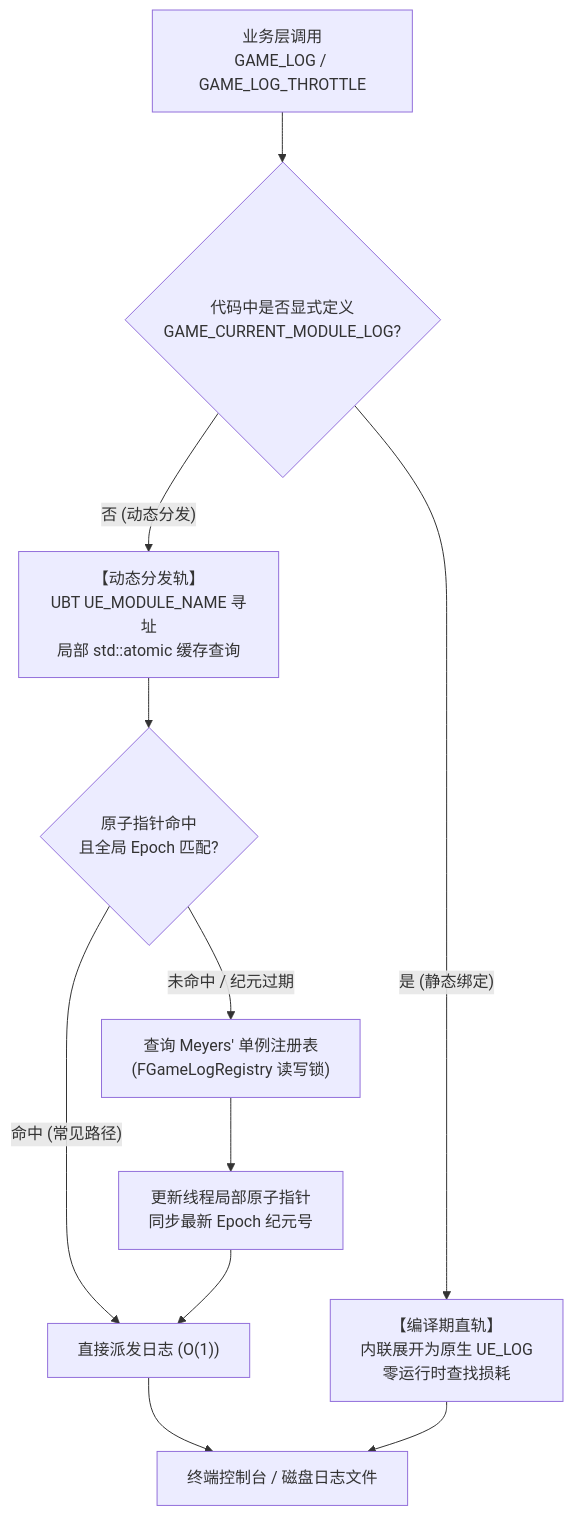
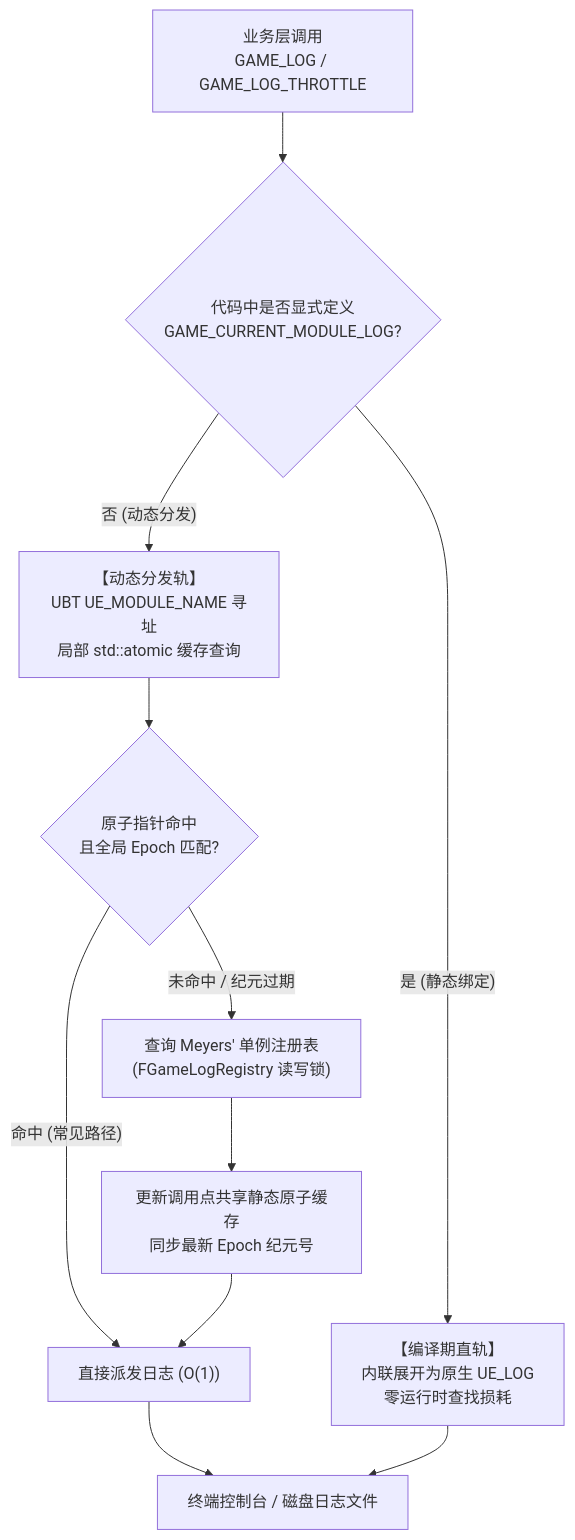
Before and after one commit to YIice-cwj/ue5-toolkit: the diagram in Plugins/GameLogging/README.md, drawn with Mermaid. The commit also changed other lines of this file and 170 other files, not shown here.

````diff
--- a/Plugins/GameLogging/README.md
+++ b/Plugins/GameLogging/README.md
@@ -9,16 +9,16 @@
 ```mermaid
 flowchart TD
     Call["业务层调用<br>GAME_LOG / GAME_LOG_THROTTLE"] --> Check{"代码中是否显式定义<br>GAME_CURRENT_MODULE_LOG?"}
     
     Check -- "是 (静态绑定)" --> CompileTrack["【编译期直轨】<br>内联展开为原生 UE_LOG<br>零运行时查找损耗"]
     Check -- "否 (动态分发)" --> DynamicTrack["【动态分发轨】<br>UBT UE_MODULE_NAME 寻址<br>局部 std::atomic 缓存查询"]
     
     DynamicTrack --> CacheValid{"原子指针命中<br>且全局 Epoch 匹配?"}
     CacheValid -- "命中 (常见路径)" --> FastPath["直接派发日志 (O(1))"]
     CacheValid -- "未命中 / 纪元过期" --> SlowPath["查询 Meyers' 单例注册表<br>(FGameLogRegistry 读写锁)"]
-    SlowPath --> UpdateEpoch["更新线程局部原子指针<br>同步最新 Epoch 纪元号"]
+    SlowPath --> UpdateEpoch["更新调用点共享静态原子缓存<br>同步最新 Epoch 纪元号"]
     UpdateEpoch --> FastPath
     
     FastPath --> Output["终端控制台 / 磁盘日志文件"]
     CompileTrack --> Output
 ```
````
